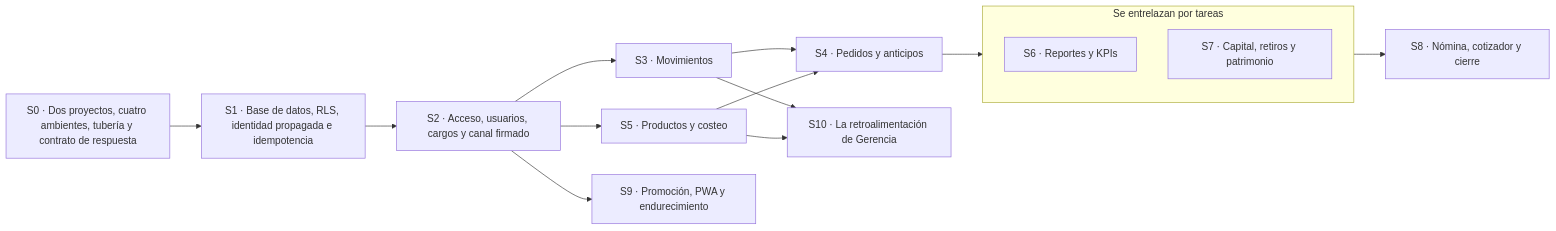
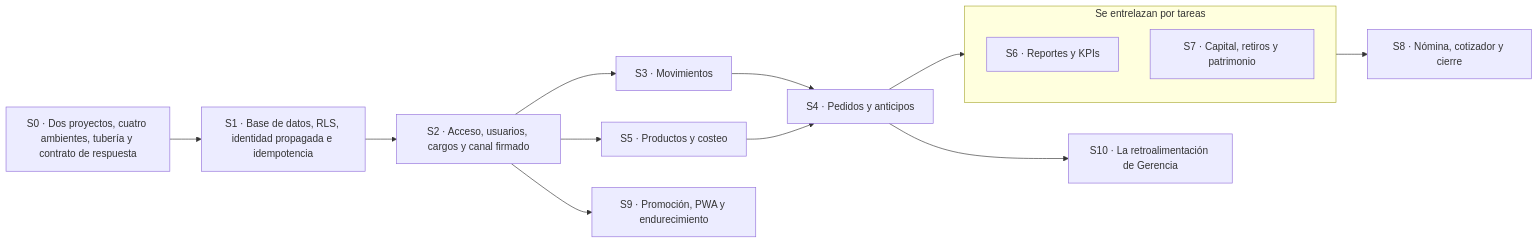
The second of 2 diagrams in docs/08-plan-de-desarrollo.md (Juanchope039/Emprende-Documentation), drawn with Mermaid before and after one commit. The commit also changed other lines of this file and 33 other files, not shown here.

````diff
--- a/docs/08-plan-de-desarrollo.md
+++ b/docs/08-plan-de-desarrollo.md
@@ -1029,27 +1045,26 @@
 ```mermaid
 graph LR
   S0["S0 · Dos proyectos, cuatro ambientes, tubería y contrato de respuesta"]
   S1["S1 · Base de datos, RLS, identidad propagada e idempotencia"]
   S2["S2 · Acceso, usuarios, cargos y canal firmado"]
   S3["S3 · Movimientos"]
   S4["S4 · Pedidos y anticipos"]
   S5["S5 · Productos y costeo"]
   subgraph G67["Se entrelazan por tareas"]
     S6["S6 · Reportes y KPIs"]
     S7["S7 · Capital, retiros y patrimonio"]
   end
   S8["S8 · Nómina, cotizador y cierre"]
   S9["S9 · Promoción, PWA y endurecimiento"]
   S10["S10 · La retroalimentación de Gerencia"]
   S0 --> S1
   S1 --> S2
   S2 --> S3
   S2 --> S5
   S2 --> S9
   S3 --> S4
-  S3 --> S10
   S4 --> G67
+  S4 --> S10
   S5 --> S4
-  S5 --> S10
   G67 --> S8
 ```
````
